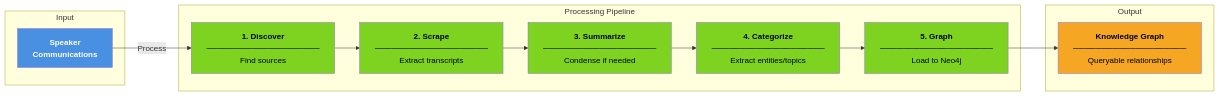
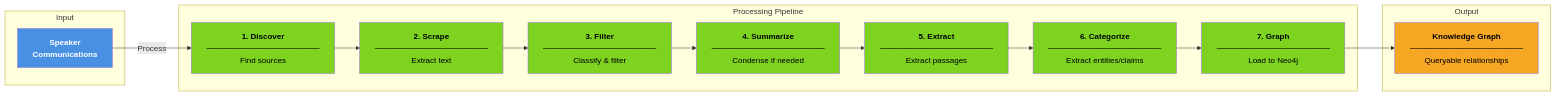
One commit to dmitriyratu/DiscourseKG changed the first of 4 diagrams in documentation/architecture.md. Above: the diagram before and after it, drawn with Mermaid. The commit also changed other lines of this file and 9 other files, not shown here.

First line of the commit message:
refactor: update architecture and topology documentation, enhance graph data handling

````diff
--- a/documentation/architecture.md
+++ b/documentation/architecture.md
@@ -7,33 +7,39 @@
 ```mermaid
 graph LR
     subgraph INPUT["Input"]
         SPEAKER["<b>Speaker<br/>Communications</b>"]
     end
     
     subgraph STAGES["Processing Pipeline"]
         DISC["<b>1. Discover</b><br/>────────────────────<br/>Find sources"]
-        SCRP["<b>2. Scrape</b><br/>────────────────────<br/>Extract transcripts"]
-        SUMM["<b>3. Summarize</b><br/>────────────────────<br/>Condense if needed"]
-        CAT["<b>4. Categorize</b><br/>────────────────────<br/>Extract entities/topics"]
-        GRAPH["<b>5. Graph</b><br/>────────────────────<br/>Load to Neo4j"]
+        SCRP["<b>2. Scrape</b><br/>────────────────────<br/>Extract text"]
+        FILT["<b>3. Filter</b><br/>────────────────────<br/>Classify & filter"]
+        SUMM["<b>4. Summarize</b><br/>────────────────────<br/>Condense if needed"]
+        EXTR["<b>5. Extract</b><br/>────────────────────<br/>Extract passages"]
+        CAT["<b>6. Categorize</b><br/>────────────────────<br/>Extract entities/claims"]
+        GRAPH["<b>7. Graph</b><br/>────────────────────<br/>Load to Neo4j"]
     end
     
     subgraph OUTPUT["Output"]
         KG["<b>Knowledge Graph</b><br/>────────────────────<br/>Queryable relationships"]
     end
     
     SPEAKER -->|"Process"| DISC
     DISC --> SCRP
-    SCRP --> SUMM
-    SUMM --> CAT
+    SCRP --> FILT
+    FILT --> SUMM
+    SUMM --> EXTR
+    EXTR --> CAT
     CAT --> GRAPH
     GRAPH --> KG
     
     style SPEAKER fill:#4A90E2,color:#fff
     style DISC fill:#7ED321,color:#000
     style SCRP fill:#7ED321,color:#000
+    style FILT fill:#7ED321,color:#000
     style SUMM fill:#7ED321,color:#000
+    style EXTR fill:#7ED321,color:#000
     style CAT fill:#7ED321,color:#000
     style GRAPH fill:#7ED321,color:#000
     style KG fill:#F5A623,color:#000
 ```
````
